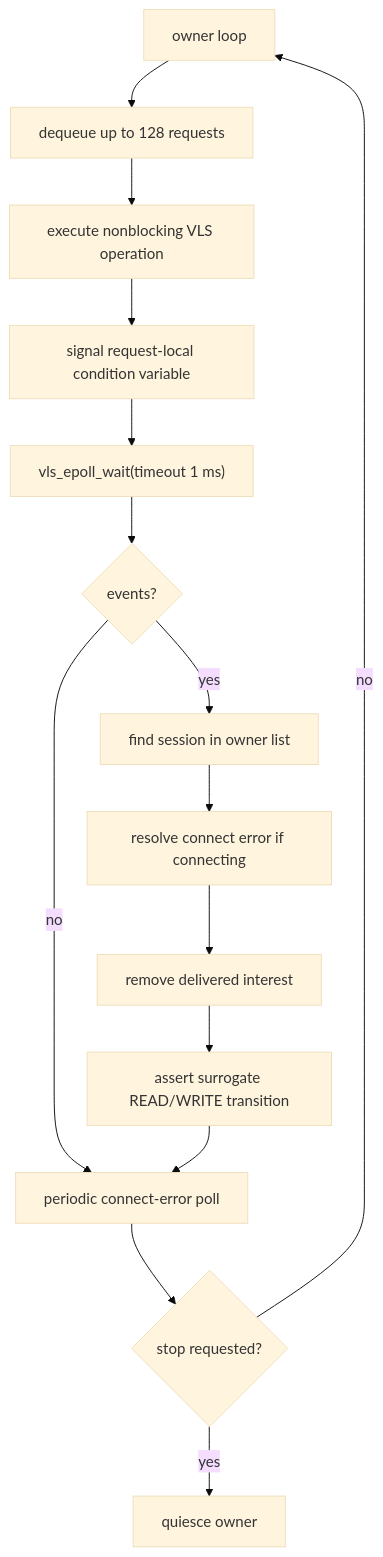
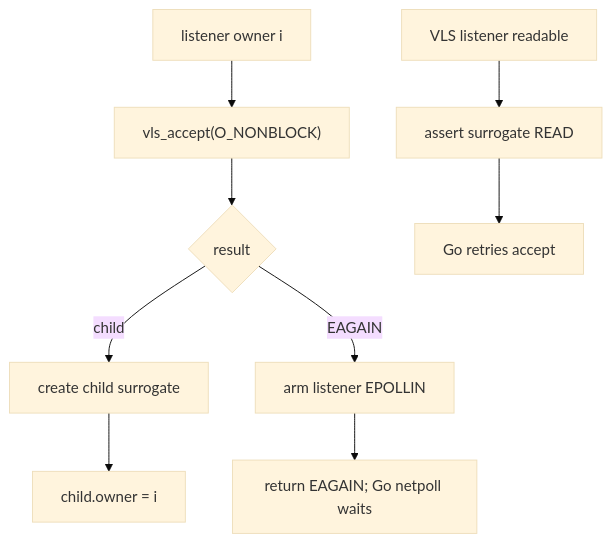
One commit to aritrbas/vclgo changed the tenth of 18 diagrams in docs/architecture_diagrams.md. Above: the diagram before and after it, drawn with Mermaid (base theme). The commit also changed other lines of this file and 32 other files, not shown here.

````diff
--- a/docs/architecture_diagrams.md
+++ b/docs/architecture_diagrams.md
@@ -199,17 +548,11 @@
-```mermaid
+~~~mermaid
 flowchart TD
-    LOOP["owner loop"] --> BATCH["dequeue up to 128 requests"]
-    BATCH --> OP["execute nonblocking VLS operation"]
-    OP --> FIN["signal request-local condition variable"]
-    FIN --> WAIT["vls_epoll_wait(timeout 1 ms)"]
-    WAIT --> EV{"events?"}
-    EV -- yes --> LOOK["find session in owner list"]
-    LOOK --> CONN["resolve connect error if connecting"]
-    CONN --> DIS["remove delivered interest"]
-    DIS --> SIG["assert surrogate READ/WRITE transition"]
-    EV -- no --> CP["periodic connect-error poll"]
-    SIG --> CP
-    CP --> STOP{"stop requested?"}
-    STOP -- no --> LOOP
-    STOP -- yes --> QUI["quiesce owner"]
-```
+    L["listener owner i"] --> A["vls_accept(O_NONBLOCK)"]
+    A --> R{"result"}
+    R -- child --> C["create child surrogate"]
+    C --> SAME["child.owner = i"]
+    R -- EAGAIN --> ARM["arm listener EPOLLIN"]
+    ARM --> GO["return EAGAIN; Go netpoll waits"]
+    EVT["VLS listener readable"] --> SIG["assert surrogate READ"]
+    SIG --> GO2["Go retries accept"]
+~~~
````
